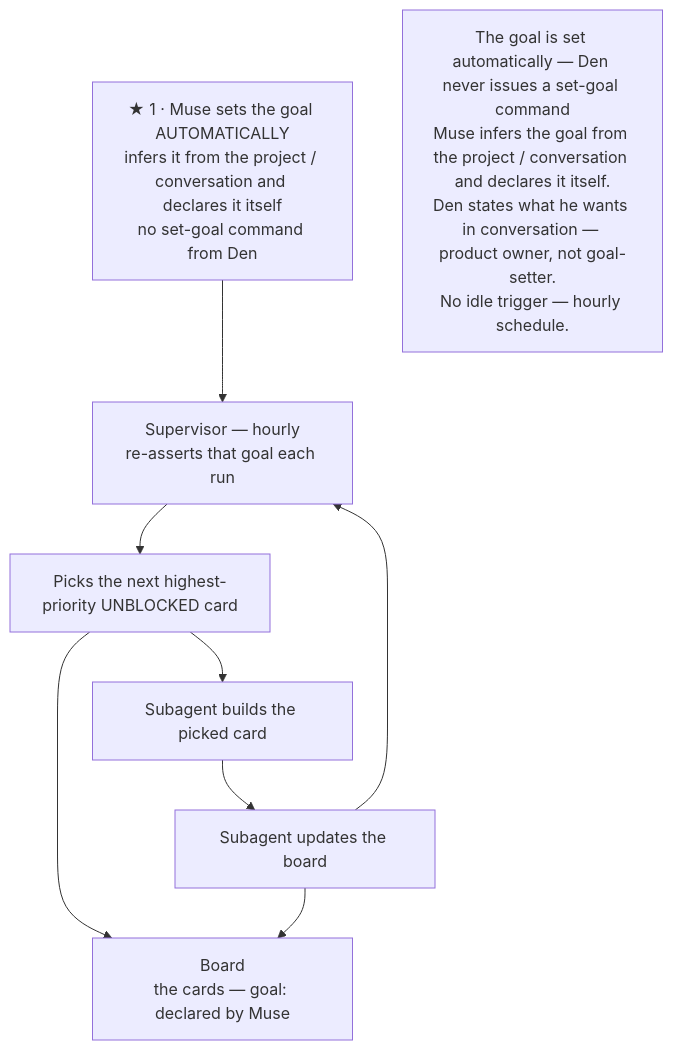
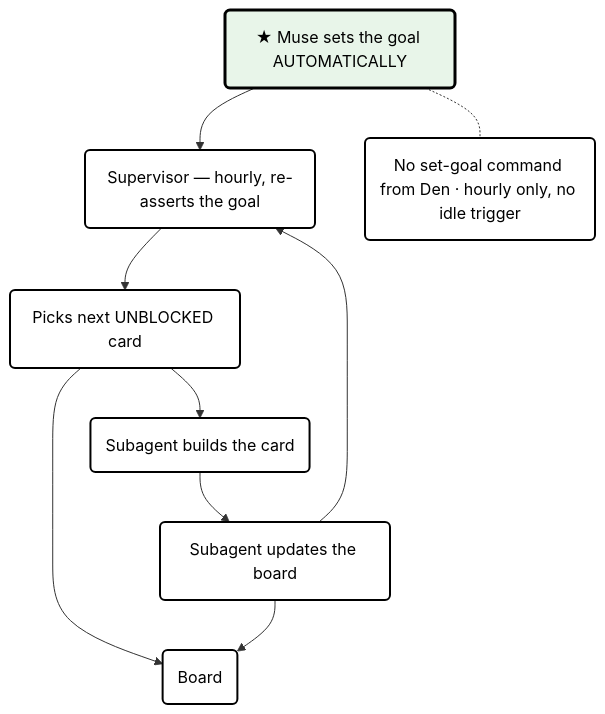
The diagram in diagrams/muse-goal-mechanism.mmd (dzianisv/goal), drawn with Mermaid before and after one commit. The commit also changed 1 other file, not shown here.

Commit message:
Mermaid: compact + styled to match the PNG (rounded boxes, green highlight, short labels)

```diff
--- a/diagrams/muse-goal-mechanism.mmd
+++ b/diagrams/muse-goal-mechanism.mmd
@@ -1,28 +1,31 @@
-%% How the goal works in Muse — Den's sketch style
-%% NOTE: the PNG (muse-goal-mechanism.png) is the canonical
-%% readable diagram. Mermaid auto-layouts and does not preserve the
-%% sketch geometry; this file is a text representation of the
-%% same boxes and edges.
+%% How the goal works in Muse — compact, GitHub-readable.
+%% Styled to match the PNG: plain white boxes, black borders,
+%% green highlight on the auto-inferred goal. The PNG is the
+%% full-detail version (same structure, longer notes).
 %% Muse sets the goal AUTOMATICALLY: it infers the goal from the
 %% project/conversation and declares it itself (docs/goals.md, system
 %% prompt, goal-mechanism-spec.md lines 9/50). No set-goal command
 %% from Den. From the design description + Muse's goal docs —
 %% NOT from Muse internals. Do not read more into it.
-%% Source of truth: gen-goal-mechanism-diagrams.py.
+%% Detail lives in muse-goal-mechanism.md.
 
 flowchart TD
-    AUTO["★ 1 · Muse sets the goal AUTOMATICALLY\ninfers it from the project / conversation and declares it itself\nno set-goal command from Den"]
-    SUP["Supervisor — hourly\nre-asserts that goal each run"]
-    PICK["Picks the next highest-priority UNBLOCKED card"]
-    BUILD["Subagent builds the picked card"]
-    UPD["Subagent updates the board"]
-    BOARD["Board\nthe cards — goal: declared by Muse"]
-    NOTE["The goal is set automatically — Den never issues a set-goal command\nMuse infers the goal from the project / conversation and declares it itself.\nDen states what he wants in conversation — product owner, not goal-setter.\nNo idle trigger — hourly schedule."]
+    classDef plain fill:#fff,stroke:#000,stroke-width:2px,color:#000
+    classDef hl fill:#e8f5e9,stroke:#000,stroke-width:3px,color:#000
+
+    AUTO("★ Muse sets the goal AUTOMATICALLY"):::hl
+    SUP("Supervisor — hourly, re-asserts the goal"):::plain
+    PICK("Picks next UNBLOCKED card"):::plain
+    BUILD("Subagent builds the card"):::plain
+    UPD("Subagent updates the board"):::plain
+    BOARD("Board"):::plain
+    NOTE("No set-goal command from Den · hourly only, no idle trigger"):::plain
 
     AUTO --> SUP
     SUP --> PICK
     PICK --> BUILD
     BUILD --> UPD
     UPD --> SUP
     PICK --> BOARD
     UPD --> BOARD
+    AUTO -.- NOTE
```
